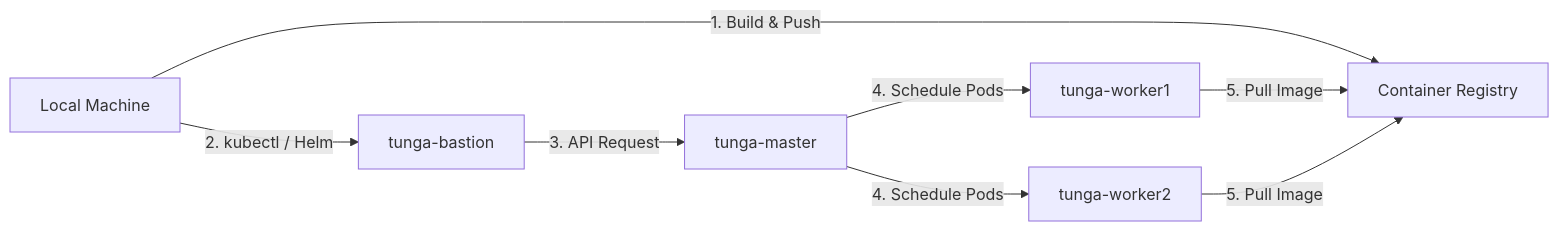
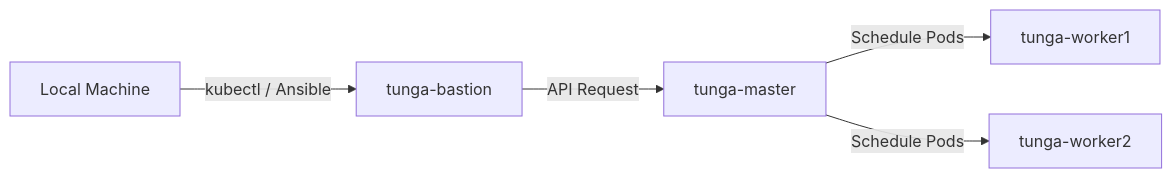
One commit to mesuttunga/Infra-Lab changed the diagram in README.md. Above: the diagram before and after it, drawn with Mermaid. The commit also changed other lines of this file and 5 other files, not shown here.

````diff
--- a/README.md
+++ b/README.md
@@ -39,9 +44,7 @@
 ```mermaid
 graph LR
-    Local[Local Machine] -->|1. Build & Push| Registry[Container Registry]
-    Local -->|2. kubectl / Helm| Bastion[tunga-bastion]
-    Bastion -->|3. API Request| Master[tunga-master]
-    Master -->|4. Schedule Pods| W1[tunga-worker1]
-    Master -->|4. Schedule Pods| W2[tunga-worker2]
-    W1 & W2 -->|5. Pull Image| Registry
+    Local[Local Machine] -->|kubectl / Ansible| Bastion[tunga-bastion]
+    Bastion -->|API Request| Master[tunga-master]
+    Master -->|Schedule Pods| W1[tunga-worker1]
+    Master -->|Schedule Pods| W2[tunga-worker2]
 ```
````
